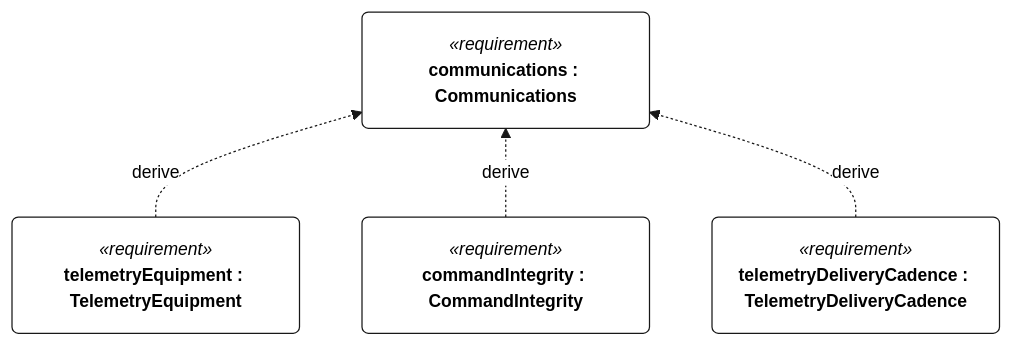
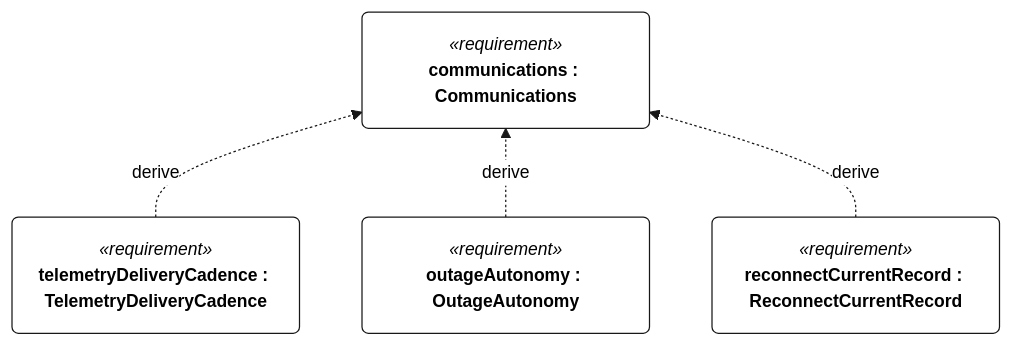
The first of 3 diagrams in docs/figures/requirements-e-005.md (DavidIngraham/sv-blue-dog), drawn with Mermaid before and after one commit. The commit also changed other lines of this file and 130 other files, not shown here.

````diff
--- a/docs/figures/requirements-e-005.md
+++ b/docs/figures/requirements-e-005.md
@@ -31,43 +27,43 @@
 ```mermaid
 ---
 config:
   fontFamily: "Helvetica, Arial, sans-serif"
   theme: base
   themeCSS: ".edgeLabel rect { opacity: 1 !important; } .cluster-label .nodeLabel { text-align: center; }"
   themeVariables:
     fontFamily: "Helvetica, Arial, sans-serif"
     fontSize: "14px"
     primaryColor: "#FFFFFF"
     secondaryColor: "#FFFFFF"
     tertiaryColor: "#FFFFFF"
     background: "#FFFFFF"
     primaryBorderColor: "#181818"
     primaryTextColor: "#000000"
     lineColor: "#181818"
     textColor: "#000000"
     noteBkgColor: "#FEFFDD"
     noteBorderColor: "#181818"
     noteTextColor: "#000000"
     clusterBkg: "#FFFFFF"
     clusterBorder: "#181818"
     edgeLabelBackground: "#FFFFFF"
 ---
 %% BlueDogViews::communications1 — requirement rendering (view def GeneralView, filter @RequirementUsage)
-%% not represented: 219 node(s) without a position, left undrawn, and 430 edge(s) at them
+%% not represented: 123 node(s) without a position, left undrawn, and 184 edge(s) at them
 %% layout: n0 x=0 y=0
 %% layout: n1 x=0 y=200
 %% layout: n2 x=300 y=200
 %% layout: n3 x=600 y=200
 flowchart BT
   n0("`*«requirement»*
 **communications : Communications**`")
   n1("`*«requirement»*
-**telemetryEquipment : TelemetryEquipment**`")
+**telemetryDeliveryCadence : TelemetryDeliveryCadence**`")
   n2("`*«requirement»*
-**commandIntegrity : CommandIntegrity**`")
+**outageAutonomy : OutageAutonomy**`")
   n3("`*«requirement»*
-**telemetryDeliveryCadence : TelemetryDeliveryCadence**`")
+**reconnectCurrentRecord : ReconnectCurrentRecord**`")
   n1 -.->|"derive"| n0
   n2 -.->|"derive"| n0
   n3 -.->|"derive"| n0
 ```
````
